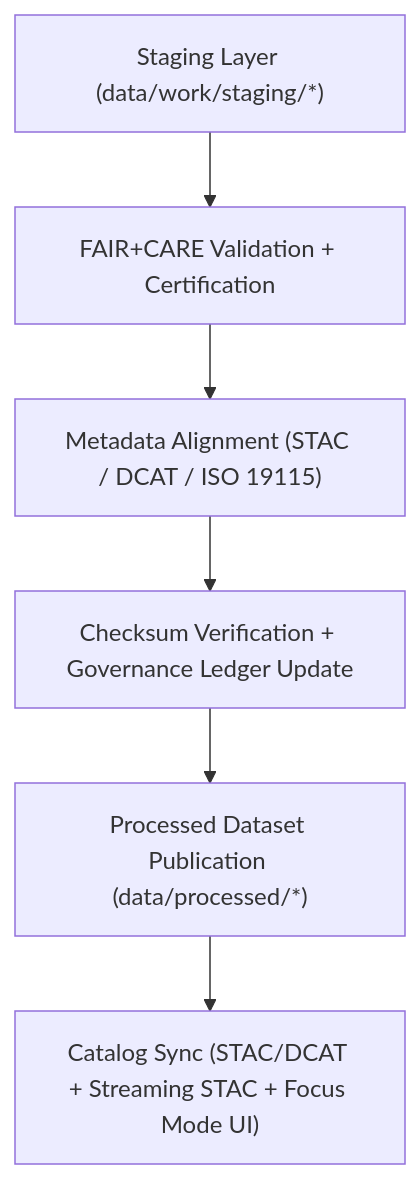
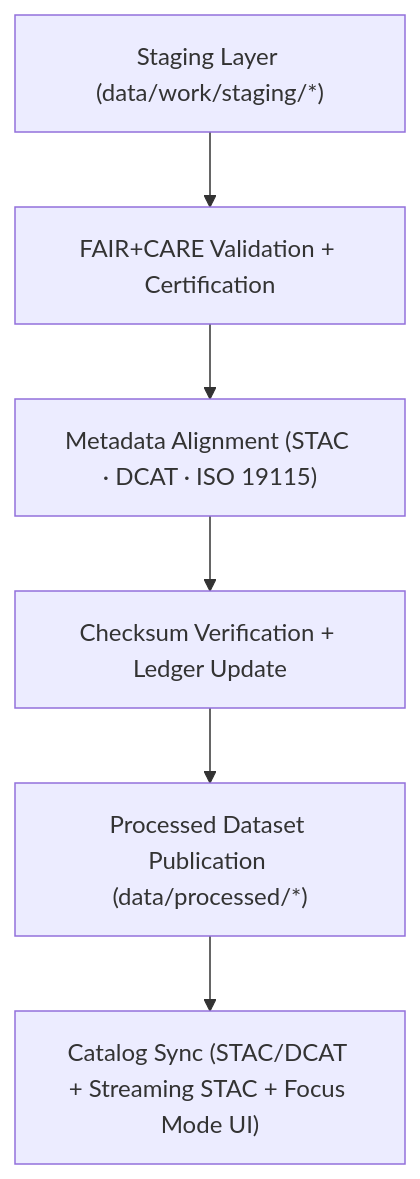
One commit to bartytime4life/Kansas-Frontier-Matrix changed the diagram in data/processed/README.md. Above: the diagram before and after it, drawn with Mermaid. The commit also changed other lines of this file, not shown here.

````diff
--- a/data/processed/README.md
+++ b/data/processed/README.md
@@ -66,8 +70,8 @@
 ```mermaid
 flowchart TD
-    A["Staging Layer (data/work/staging/*)"] --> B["FAIR+CARE Validation + Certification"]
-    B --> C["Metadata Alignment (STAC / DCAT / ISO 19115)"]
-    C --> D["Checksum Verification + Governance Ledger Update"]
-    D --> E["Processed Dataset Publication (data/processed/*)"]
-    E --> F["Catalog Sync (STAC/DCAT + Streaming STAC + Focus Mode UI)"]
+    STAGE["Staging Layer (data/work/staging/*)"] --> VAL["FAIR+CARE Validation + Certification"]
+    VAL --> ALIGN["Metadata Alignment (STAC · DCAT · ISO 19115)"]
+    ALIGN --> CHK["Checksum Verification + Ledger Update"]
+    CHK --> PUB["Processed Dataset Publication (data/processed/*)"]
+    PUB --> CAT["Catalog Sync (STAC/DCAT + Streaming STAC + Focus Mode UI)"]
 ```
````
